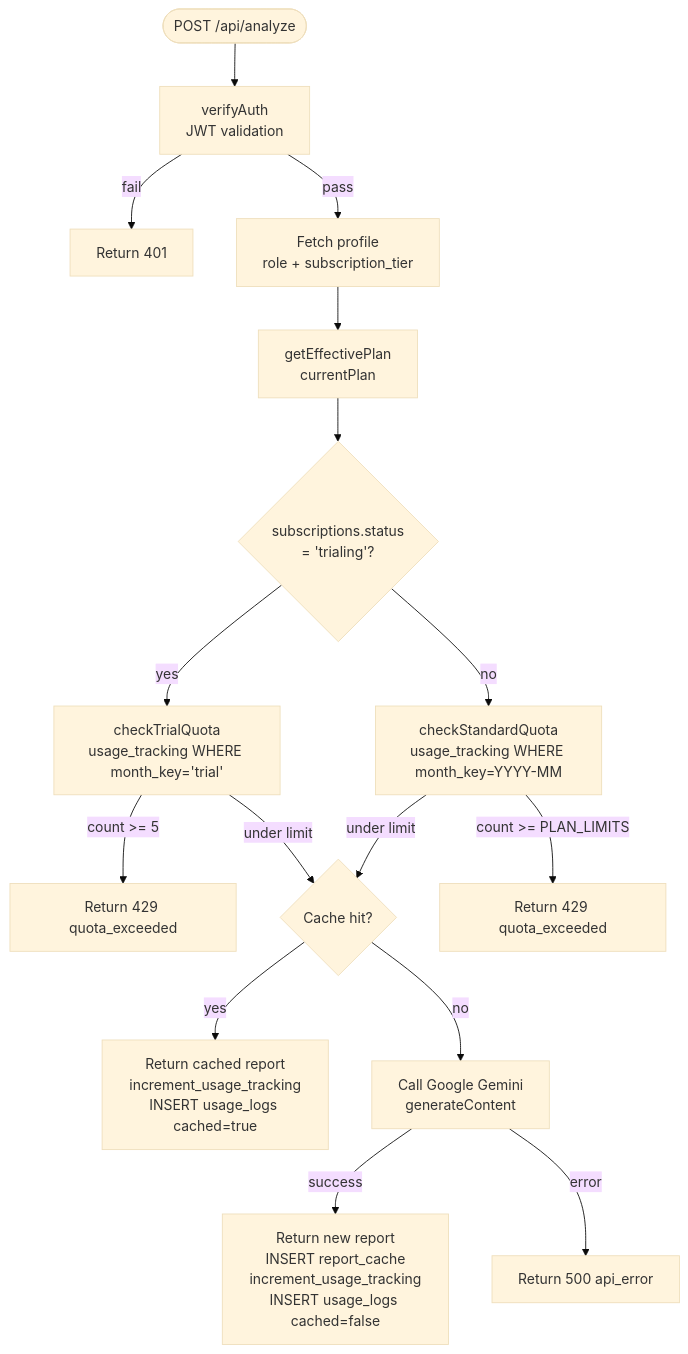
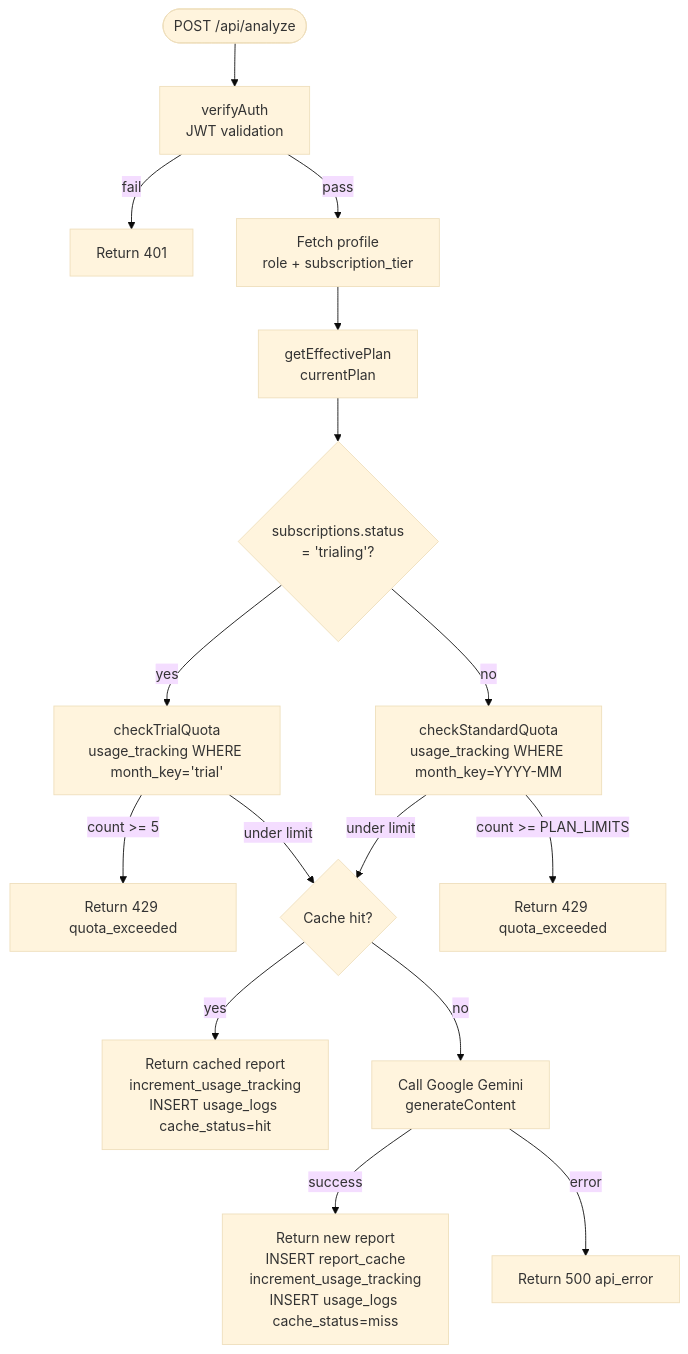
Before and after one commit to minhasomer/bizscope-ai: the sixth of 7 diagrams in docs/ARCHITECTURE.md, drawn with Mermaid (base theme). The commit also changed other lines of this file and 4 other files, not shown here.

First line of the commit message:
docs: correct SQL column names, schema diagrams, and trigger references

````diff
--- a/docs/ARCHITECTURE.md
+++ b/docs/ARCHITECTURE.md
@@ -184,21 +184,21 @@
 ```mermaid
 flowchart TD
     Request([POST /api/analyze]) --> Auth[verifyAuth\nJWT validation]
     Auth -->|fail| Auth401[Return 401]
     Auth -->|pass| Profile[Fetch profile\nrole + subscription_tier]
     Profile --> Plan[getEffectivePlan\ncurrentPlan]
 
     Plan --> TrialCheck{subscriptions.status\n= 'trialing'?}
     TrialCheck -->|yes| TrialQuota[checkTrialQuota\nusage_tracking WHERE month_key='trial']
     TrialCheck -->|no| StdQuota[checkStandardQuota\nusage_tracking WHERE month_key=YYYY-MM]
 
     TrialQuota -->|count >= 5| Block429Trial[Return 429 quota_exceeded]
     TrialQuota -->|under limit| CacheCheck
     StdQuota -->|count >= PLAN_LIMITS| Block429Std[Return 429 quota_exceeded]
     StdQuota -->|under limit| CacheCheck
 
-    CacheCheck{Cache hit?} -->|yes| ReturnCached[Return cached report\nincrement_usage_tracking\nINSERT usage_logs cached=true]
+    CacheCheck{Cache hit?} -->|yes| ReturnCached[Return cached report\nincrement_usage_tracking\nINSERT usage_logs cache_status=hit]
     CacheCheck -->|no| Gemini[Call Google Gemini\ngenerateContent]
-    Gemini -->|success| ReturnNew[Return new report\nINSERT report_cache\nincrement_usage_tracking\nINSERT usage_logs cached=false]
+    Gemini -->|success| ReturnNew[Return new report\nINSERT report_cache\nincrement_usage_tracking\nINSERT usage_logs cache_status=miss]
     Gemini -->|error| Return500[Return 500 api_error]
 ```
````
